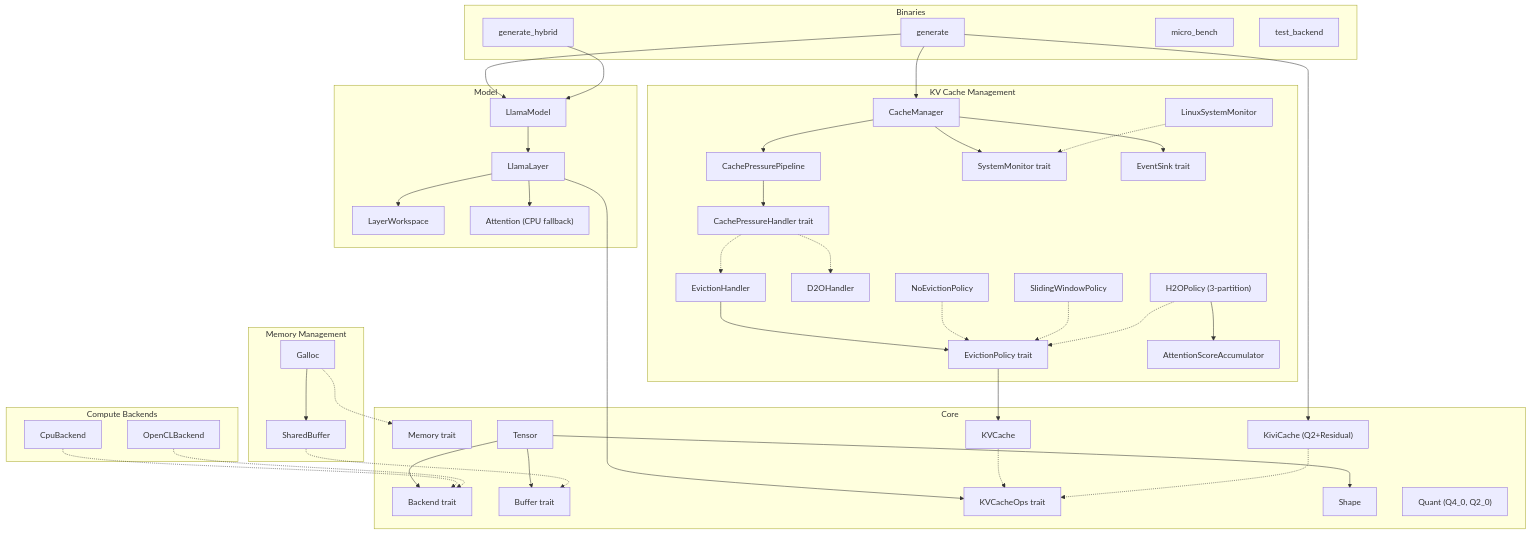
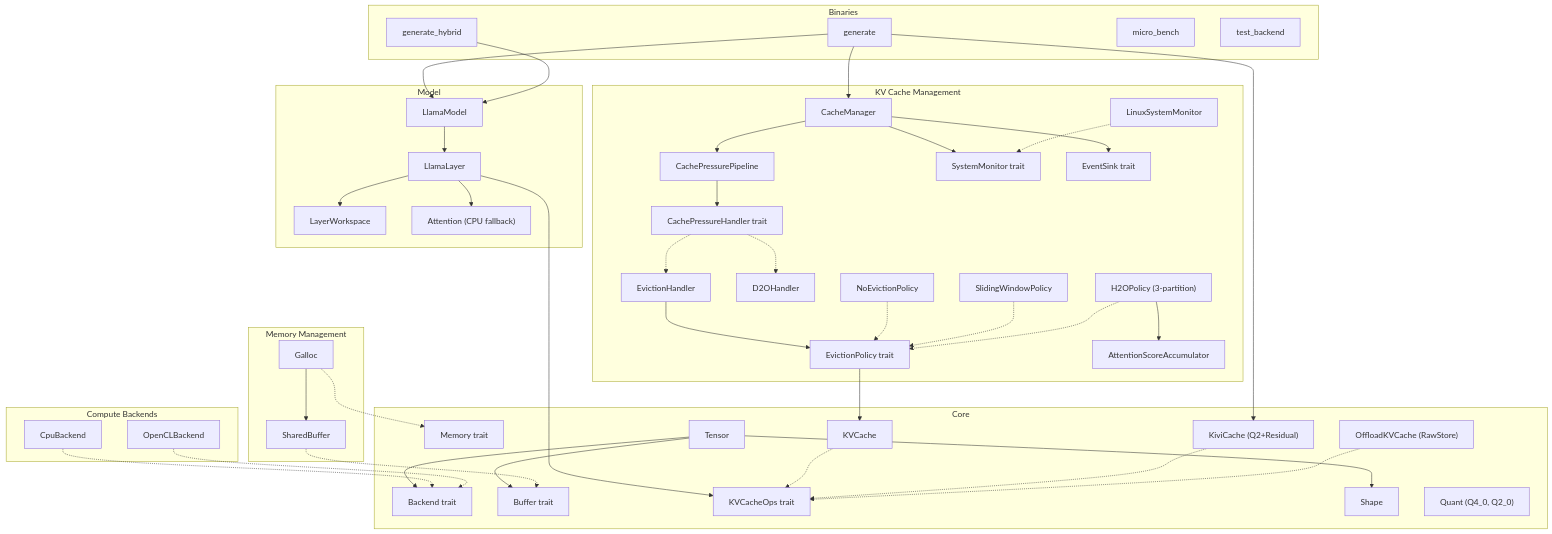
The first of 3 diagrams in ARCHITECTURE.md (hedone21/llm_rs2), drawn with Mermaid before and after one commit. The commit also changed other lines of this file and 7 other files, not shown here.

```diff
--- a/ARCHITECTURE.md
+++ b/ARCHITECTURE.md
@@ -42,6 +42,7 @@
         KVCacheOpsTrait["KVCacheOps trait"]
         KVCache["KVCache"]
         KiviCache["KiviCache (Q2+Residual)"]
+        OffloadKVCache["OffloadKVCache (RawStore)"]
         Tensor["Tensor"]
         Shape["Shape"]
         Quant["Quant (Q4_0, Q2_0)"]
@@ -81,6 +82,7 @@
     LlamaLayer --> KVCacheOpsTrait
     KVCache -.-> KVCacheOpsTrait
     KiviCache -.-> KVCacheOpsTrait
+    OffloadKVCache -.-> KVCacheOpsTrait
 
     Generate --> CacheManager
     CacheManager --> Pipeline
```
